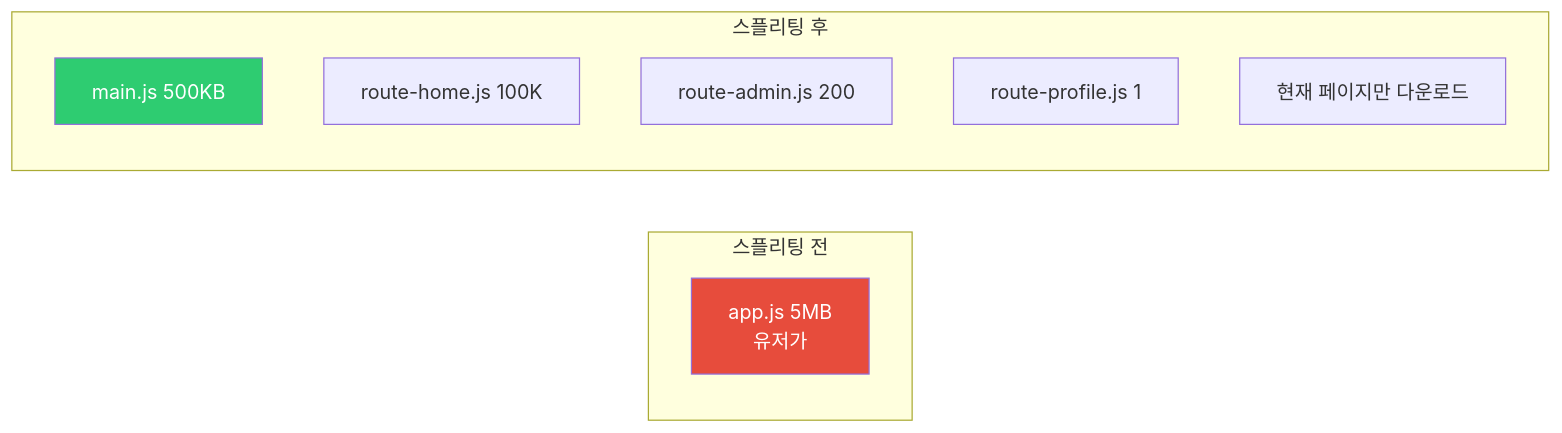
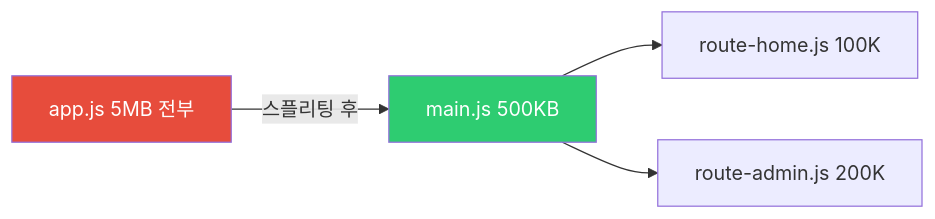
Before and after one commit to yjkim2015/yjkim2015.github.io: the third of 5 diagrams in _posts/frontend/2026-05-02-react-performance.md, drawn with Mermaid. The commit also changed other lines of this file and 155 other files, not shown here.

First line of the commit message:
Mermaid 전면 수정: subgraph 제거, participant/노드/줄수 축소 (342블록)

````diff
--- a/_posts/frontend/2026-05-02-react-performance.md
+++ b/_posts/frontend/2026-05-02-react-performance.md
@@ -146,15 +146,11 @@
 ```mermaid
 graph LR
-    subgraph "스플리팅 전"
-        BUNDLE["app.js 5MB<br>유저가"]
-    end
-    subgraph "스플리팅 후"
-        MAIN["main.js 500KB"]
-        ROUTE1["route-home.js 100K"]
-        ROUTE2["route-admin.js 200"]
-        ROUTE3["route-profile.js 1"]
-        USER2["현재 페이지만 다운로드"]
-    end
+    BUNDLE["app.js 5MB 전부"]
+    MAIN["main.js 500KB"]
+    ROUTE1["route-home.js 100K"]
+    ROUTE2["route-admin.js 200K"]
+    BUNDLE -->|"스플리팅 후"| MAIN
+    MAIN --> ROUTE1 & ROUTE2
     style BUNDLE fill:#e74c3c,color:#fff
     style MAIN fill:#2ecc71,color:#fff
 ```
````
